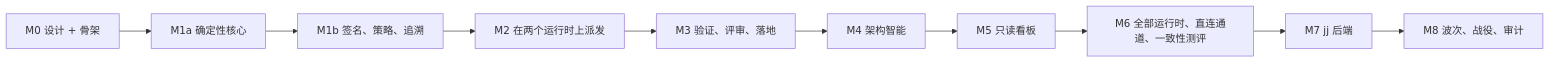
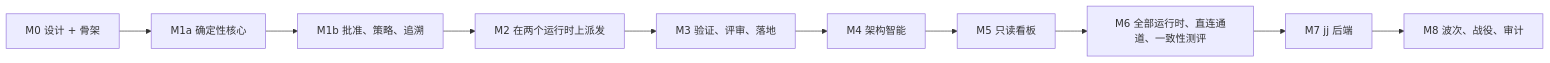
The diagram in docs/15-roadmap.zh-CN.md (Qither/keel), drawn with Mermaid before and after one commit. The commit also changed other lines of this file and 130 other files, not shown here.

````diff
--- a/docs/15-roadmap.zh-CN.md
+++ b/docs/15-roadmap.zh-CN.md
@@ -11,12 +11,12 @@
 ```mermaid
 flowchart LR
   M0["M0 设计 + 骨架"] --> M1a["M1a 确定性核心"]
-  M1a --> M1b["M1b 签名、策略、追溯"]
+  M1a --> M1b["M1b 批准、策略、追溯"]
   M1b --> M2["M2 在两个运行时上派发"]
   M2 --> M3["M3 验证、评审、落地"]
   M3 --> M4["M4 架构智能"]
   M4 --> M5["M5 只读看板"]
   M5 --> M6["M6 全部运行时、直连通道、一致性测评"]
   M6 --> M7["M7 jj 后端"]
   M7 --> M8["M8 波次、战役、审计"]
 ```
````
